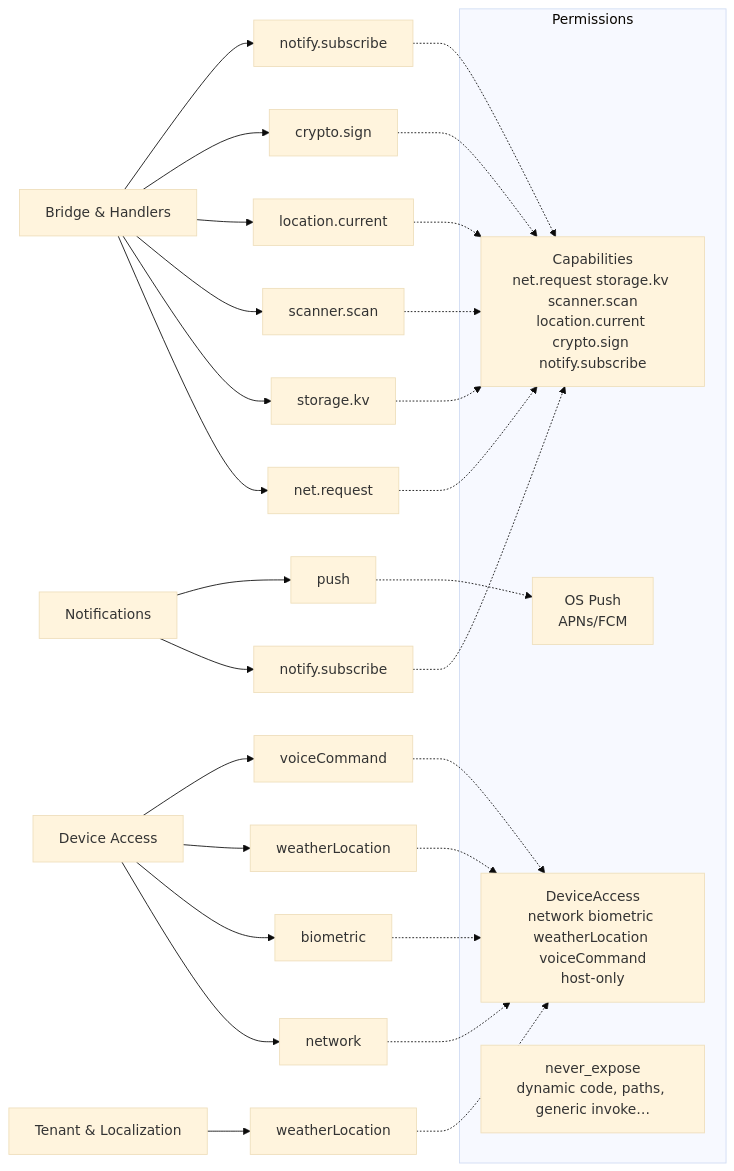
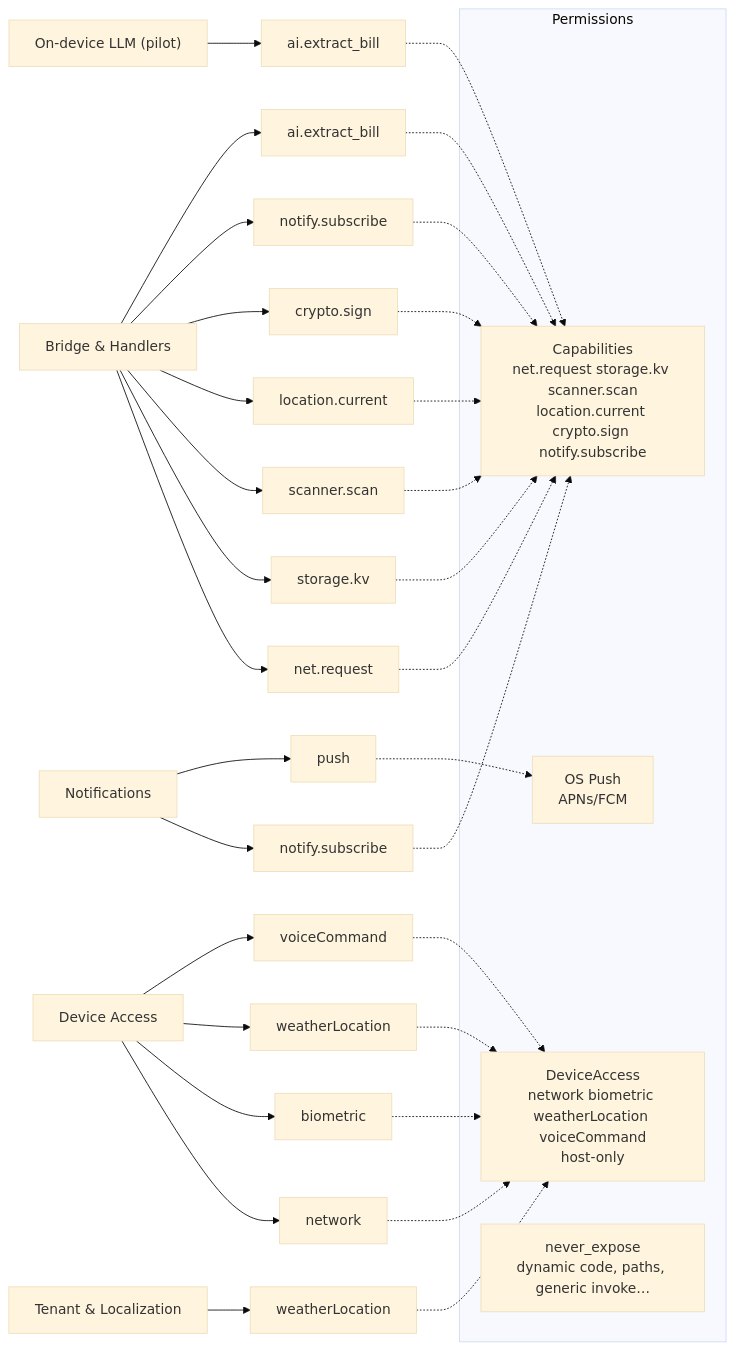
Before and after one commit to nguyenvhoang99/mobile-platform: the third of 3 diagrams in app/docs/feature-graph.md, drawn with Mermaid (base theme). The commit also changed other lines of this file and 245 other files, not shown here.

````diff
--- a/app/docs/feature-graph.md
+++ b/app/docs/feature-graph.md
@@ -370,36 +363,40 @@
 ```mermaid
 flowchart LR
   subgraph Perms["Permissions"]
     caps["Capabilities<br/>net.request storage.kv scanner.scan<br/>location.current crypto.sign notify.subscribe"]
     dev["DeviceAccess<br/>network biometric weatherLocation voiceCommand<br/>host-only"]
     os["OS Push<br/>APNs/FCM"]
     never["never_expose<br/>dynamic code, paths, generic invoke…"]
   end
   tenant["Tenant & Localization"] --> tenant_weatherLocation["weatherLocation"]
   tenant_weatherLocation -.-> dev
   bridge["Bridge & Handlers"] --> bridge_net.request["net.request"]
   bridge_net.request -.-> caps
   bridge["Bridge & Handlers"] --> bridge_storage.kv["storage.kv"]
   bridge_storage.kv -.-> caps
   bridge["Bridge & Handlers"] --> bridge_scanner.scan["scanner.scan"]
   bridge_scanner.scan -.-> caps
   bridge["Bridge & Handlers"] --> bridge_location.current["location.current"]
   bridge_location.current -.-> caps
   bridge["Bridge & Handlers"] --> bridge_crypto.sign["crypto.sign"]
   bridge_crypto.sign -.-> caps
   bridge["Bridge & Handlers"] --> bridge_notify.subscribe["notify.subscribe"]
   bridge_notify.subscribe -.-> caps
+  bridge["Bridge & Handlers"] --> bridge_ai.extract_bill["ai.extract_bill"]
+  bridge_ai.extract_bill -.-> caps
   notifications["Notifications"] --> notifications_notify.subscribe["notify.subscribe"]
   notifications_notify.subscribe -.-> caps
   notifications["Notifications"] --> notifications_push["push"]
   notifications_push -.-> os
   deviceAccess["Device Access"] --> deviceAccess_network["network"]
   deviceAccess_network -.-> dev
   deviceAccess["Device Access"] --> deviceAccess_biometric["biometric"]
   deviceAccess_biometric -.-> dev
   deviceAccess["Device Access"] --> deviceAccess_weatherLocation["weatherLocation"]
   deviceAccess_weatherLocation -.-> dev
   deviceAccess["Device Access"] --> deviceAccess_voiceCommand["voiceCommand"]
   deviceAccess_voiceCommand -.-> dev
+  onDeviceLlm["On-device LLM (pilot)"] --> onDeviceLlm_ai.extract_bill["ai.extract_bill"]
+  onDeviceLlm_ai.extract_bill -.-> caps
 
 ```
````
